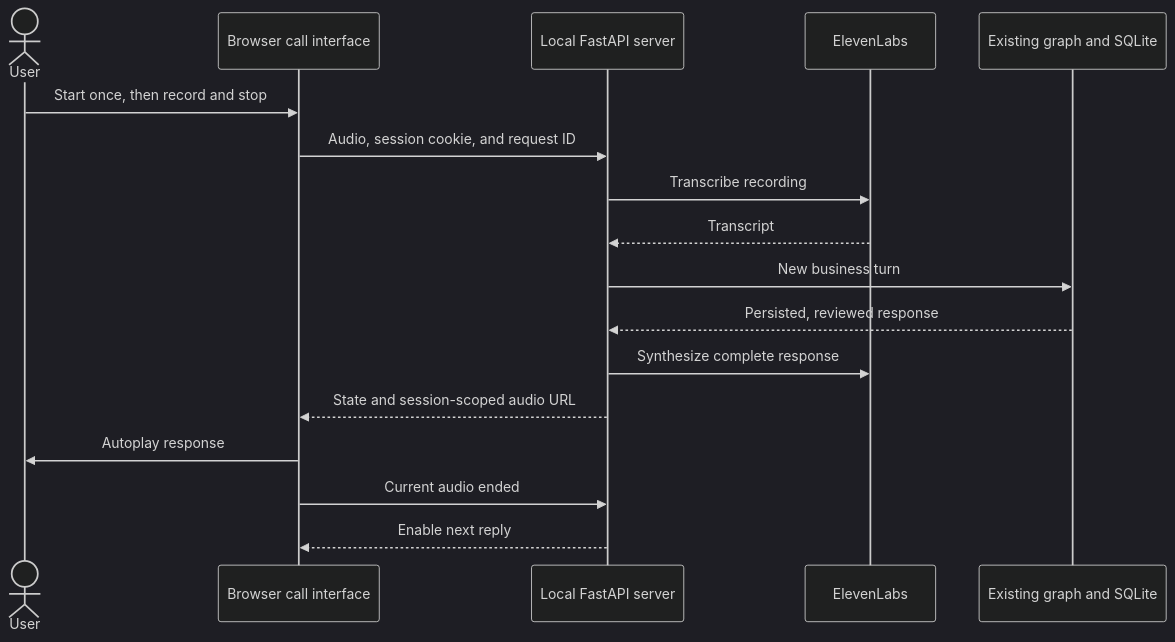
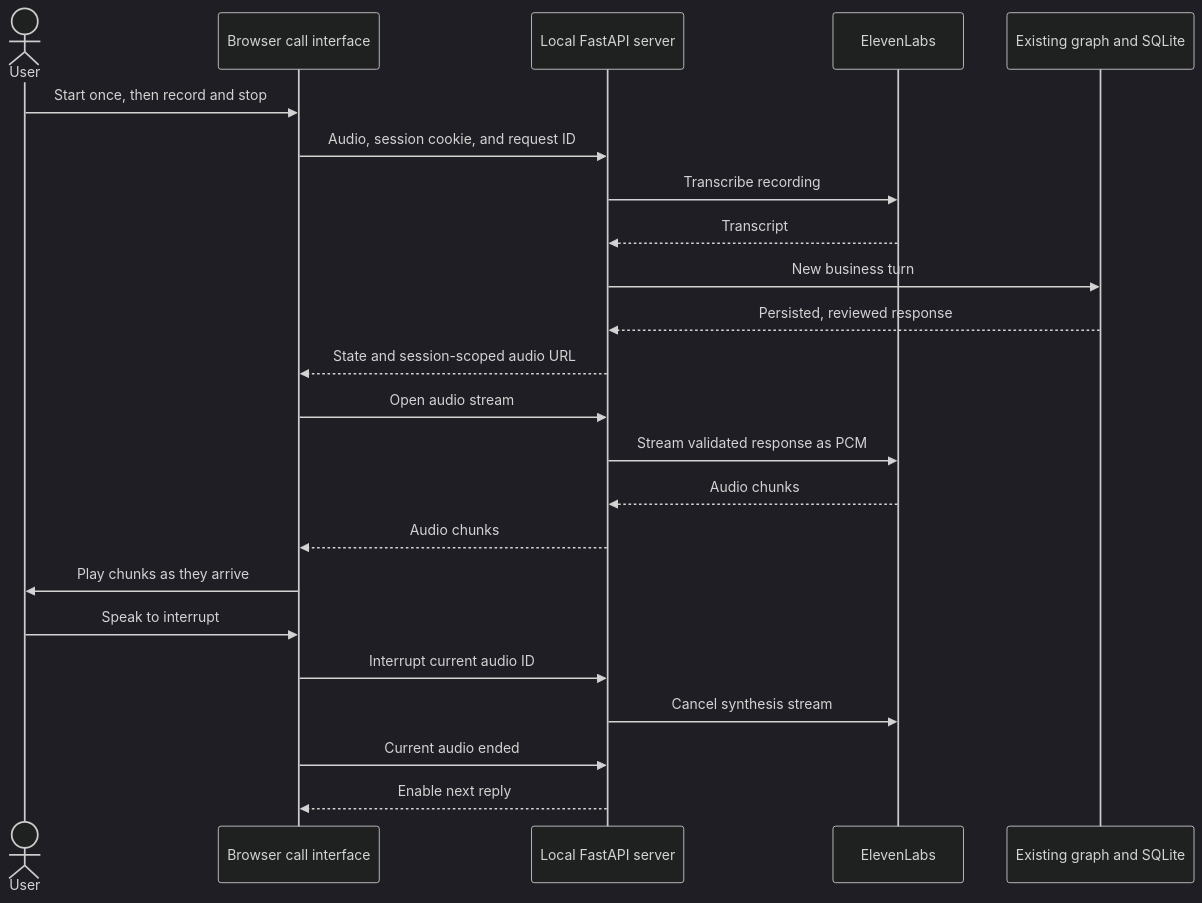
The diagram in apps/voice_simulator/README.md (sergiomorapardo/AgenticDebtCollection), drawn with Mermaid (dark theme) before and after one commit. The commit also changed other lines of this file and 6 other files, not shown here.

Commit message:
feat(voice): stream speech and support safe customer interruptions

````diff
--- a/apps/voice_simulator/README.md
+++ b/apps/voice_simulator/README.md
@@ -9,19 +9,25 @@
 ```mermaid
 sequenceDiagram
     actor User
     participant UI as Browser call interface
     participant API as Local FastAPI server
     participant Speech as ElevenLabs
     participant Agent as Existing graph and SQLite
     User->>UI: Start once, then record and stop
     UI->>API: Audio, session cookie, and request ID
     API->>Speech: Transcribe recording
     Speech-->>API: Transcript
     API->>Agent: New business turn
     Agent-->>API: Persisted, reviewed response
-    API->>Speech: Synthesize complete response
     API-->>UI: State and session-scoped audio URL
-    UI->>User: Autoplay response
+    UI->>API: Open audio stream
+    API->>Speech: Stream validated response as PCM
+    Speech-->>API: Audio chunks
+    API-->>UI: Audio chunks
+    UI->>User: Play chunks as they arrive
+    User->>UI: Speak to interrupt
+    UI->>API: Interrupt current audio ID
+    API->>Speech: Cancel synthesis stream
     UI->>API: Current audio ended
     API-->>UI: Enable next reply
 ```
````
